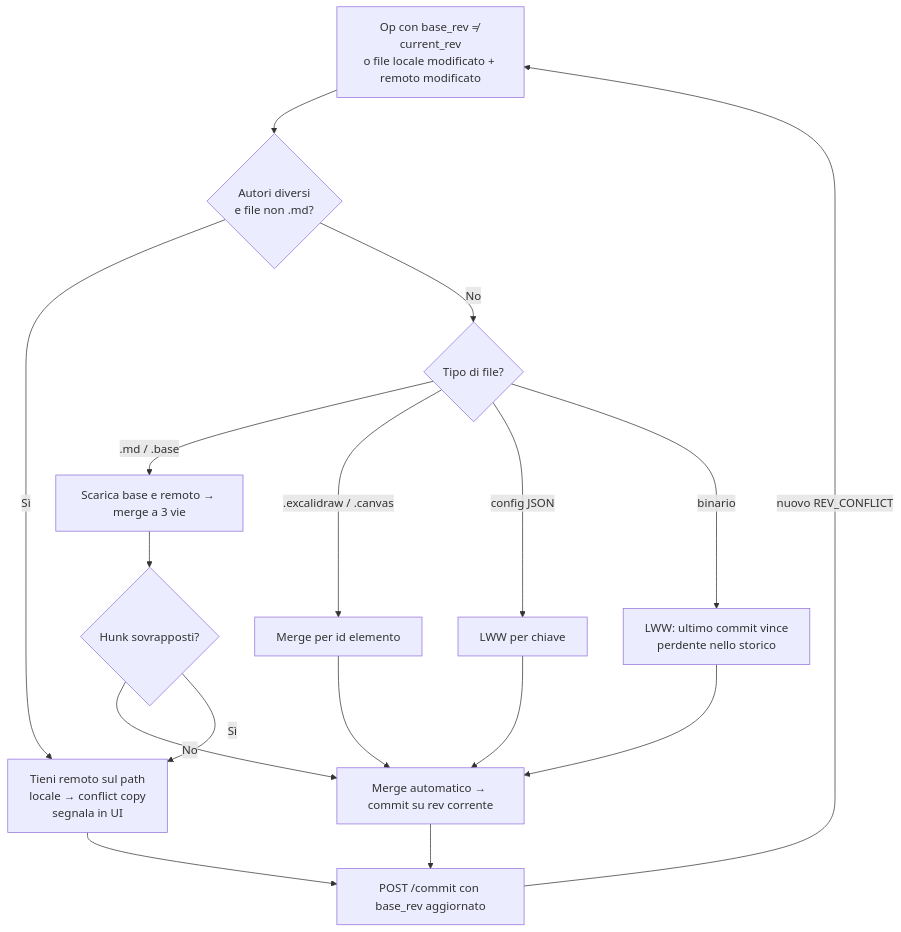
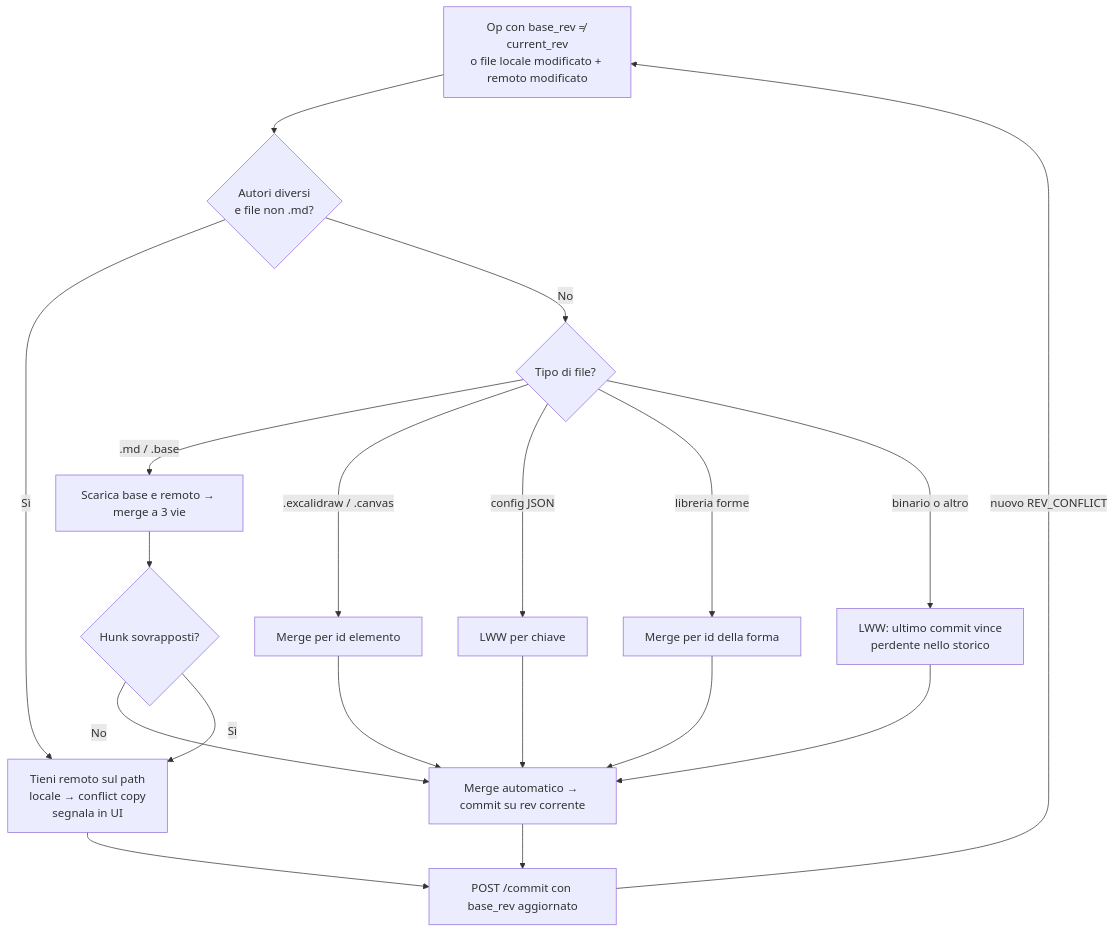
One commit to E2BRAdvisory/Clarae changed the fifth of 5 diagrams in Specifications.md. Above: the diagram before and after it, drawn with Mermaid. The commit also changed other lines of this file and 16 other files, not shown here.

First line of the commit message:
docs: ADR 0053 to 0056 accepted, Specifications.md v1.6, guides and roadmap for 1.7.1 [M20-S6]

````diff
--- a/Specifications.md
+++ b/Specifications.md
@@ -1174,19 +1184,21 @@
 ```mermaid
 flowchart TD
   A["Op con base_rev ≠ current_rev<br/>o file locale modificato + remoto modificato"] --> A2{"Autori diversi<br/>e file non .md?"}
   A2 -->|"Sì"| I
   A2 -->|"No"| B{"Tipo di file?"}
   B -->|".md / .base"| C["Scarica base e remoto → merge a 3 vie"]
   B -->|".excalidraw / .canvas"| D["Merge per id elemento"]
   B -->|"config JSON"| E["LWW per chiave"]
-  B -->|"binario"| F["LWW: ultimo commit vince<br/>perdente nello storico"]
+  B -->|"libreria forme"| E2["Merge per id della forma"]
+  B -->|"binario o altro"| F["LWW: ultimo commit vince<br/>perdente nello storico"]
   C --> G{"Hunk sovrapposti?"}
   G -->|No| H["Merge automatico → commit su rev corrente"]
   G -->|Sì| I["Tieni remoto sul path<br/>locale → conflict copy<br/>segnala in UI"]
   D --> H
   E --> H
+  E2 --> H
   F --> H
   H --> J["POST /commit con base_rev aggiornato"]
   I --> J
   J -->|"nuovo REV_CONFLICT"| A
 ```
````
